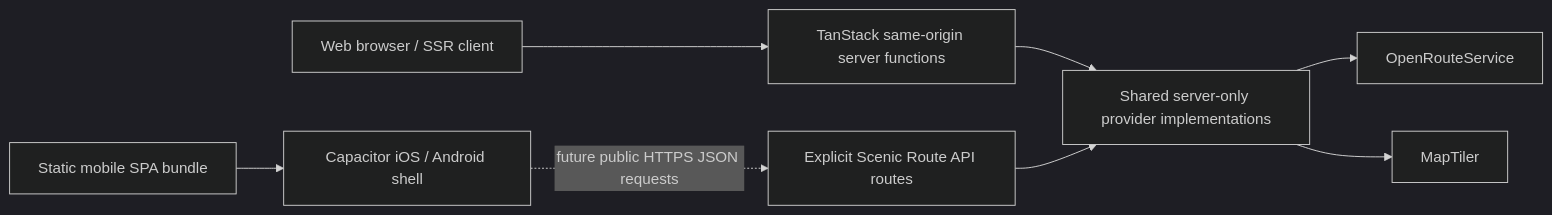
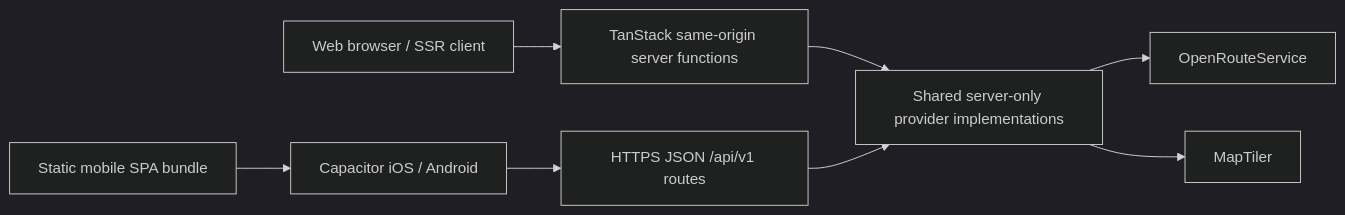
One commit to Raekwaanza/wander-paris-ways changed the diagram in docs/native-mobile.md. Above: the diagram before and after it, drawn with Mermaid (dark theme). The commit also changed other lines of this file and 26 other files, not shown here.

````diff
--- a/docs/native-mobile.md
+++ b/docs/native-mobile.md
@@ -8,10 +9,10 @@
 ```mermaid
 flowchart LR
   Web[Web browser / SSR client] --> SF[TanStack same-origin server functions]
-  Bundle[Static mobile SPA bundle] --> Shell[Capacitor iOS / Android shell]
-  Shell -. future public HTTPS JSON requests .-> API[Explicit Scenic Route API routes]
+  Bundle[Static mobile SPA bundle] --> Shell[Capacitor iOS / Android]
+  Shell --> API[HTTPS JSON /api/v1 routes]
   SF --> Logic[Shared server-only provider implementations]
   API --> Logic
   Logic --> ORS[OpenRouteService]
   Logic --> MT[MapTiler]
 ```
````
